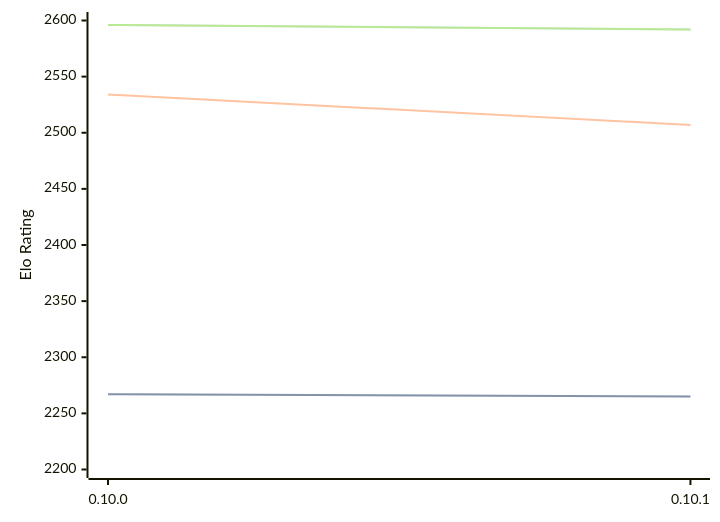
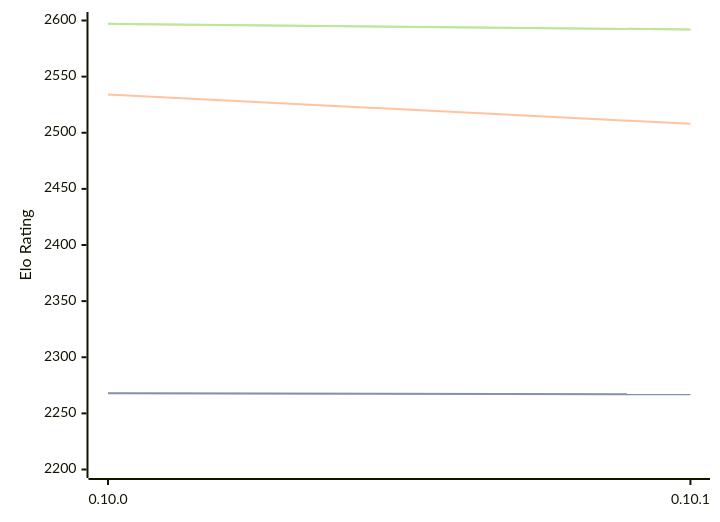
The first of 3 diagrams in engines/Fatalii.md (computer-chess-index/cci), drawn with Mermaid before and after one commit. The commit also changed other lines of this file, not shown here.

Commit message:
Update CCI Ratings (ELO VLTC) - 2026-07-14

````diff
--- a/engines/Fatalii.md
+++ b/engines/Fatalii.md
@@ -46,11 +46,11 @@
 ```mermaid
 %%{init: {"theme":"base","themeVariables":{"seriesColors:['#a3a3a3','#222221','#faa371']}}}%%
 xychart-beta
   x-axis ["0.10.0", "0.10.1"]
   y-axis "Elo Rating" 2200 --> 2600
-  line "STC (8.0+0.08s)" [2267, 2265]
-  line "STC (8.0+0.08s)" [2267, 2265]
-  line "LTC (60.0+0.60s)" [2534, 2507]
-  line "VLTC (2m24s+1.12s)" [2596, 2592]
-  line "VLTC (2m24s+1.12s)" [2596, 2592]
+  line "STC (8.0+0.08s)" [2268, 2267]
+  line "STC (8.0+0.08s)" [2268, 2267]
+  line "LTC (60.0+0.60s)" [2534, 2508]
+  line "VLTC (2m24s+1.12s)" [2597, 2592]
+  line "VLTC (2m24s+1.12s)" [2597, 2592]
 ```
````
